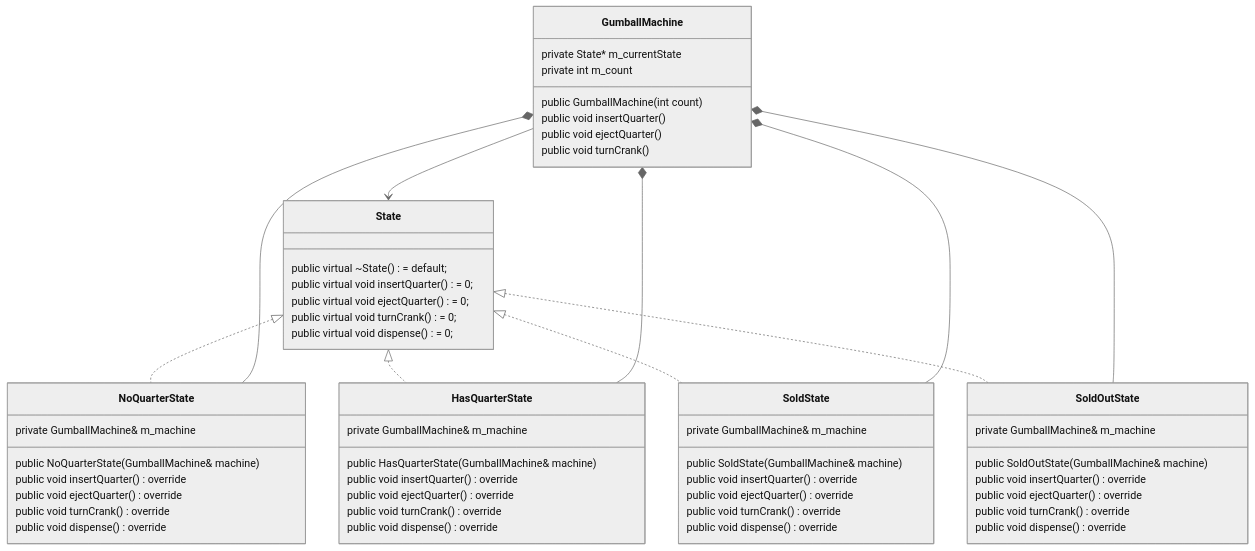
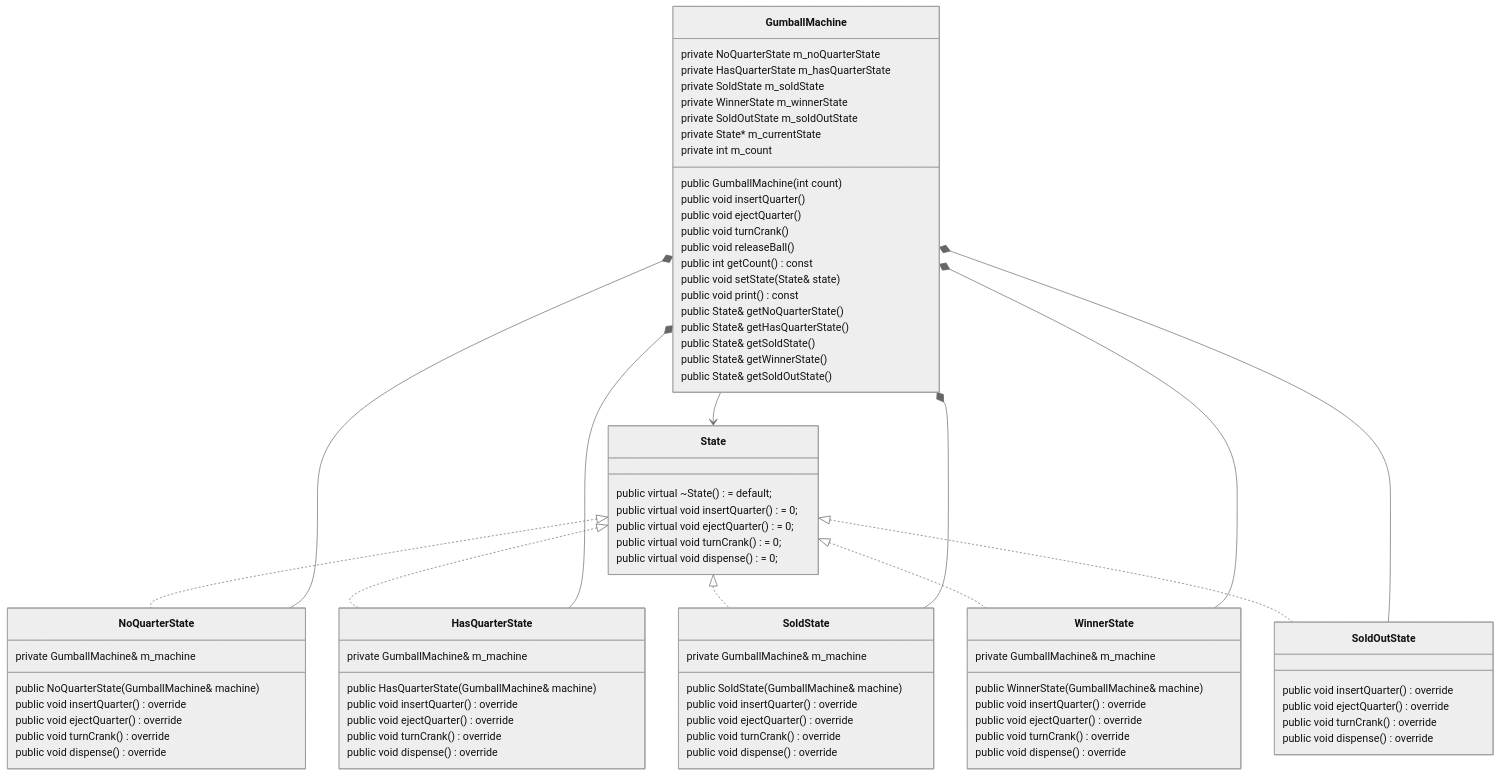
Diagram 12 of 13 in README.md (rngoodner/design-patterns), drawn with Mermaid (neutral theme) before and after one commit. The commit also changed other lines of this file, not shown here.

Commit message:
sync README class diagrams with current code

````diff
--- a/README.md
+++ b/README.md
@@ -598,8 +782,8 @@
     private GumballMachine& m_machine
 }
 
-class SoldOutState {
-    public SoldOutState(GumballMachine& machine)
+class WinnerState {
+    public WinnerState(GumballMachine& machine)
     public void insertQuarter() override
     public void ejectQuarter() override
     public void turnCrank() override
@@ -607,11 +791,32 @@
     private GumballMachine& m_machine
 }
 
+class SoldOutState {
+    public void insertQuarter() override
+    public void ejectQuarter() override
+    public void turnCrank() override
+    public void dispense() override
+}
+
 class GumballMachine {
     public GumballMachine(int count)
     public void insertQuarter()
     public void ejectQuarter()
     public void turnCrank()
+    public void releaseBall()
+    public int getCount() const
+    public void setState(State& state)
+    public void print() const
+    public State& getNoQuarterState()
+    public State& getHasQuarterState()
+    public State& getSoldState()
+    public State& getWinnerState()
+    public State& getSoldOutState()
+    private NoQuarterState m_noQuarterState
+    private HasQuarterState m_hasQuarterState
+    private SoldState m_soldState
+    private WinnerState m_winnerState
+    private SoldOutState m_soldOutState
     private State* m_currentState
     private int m_count
 }
@@ -619,10 +824,12 @@
 State <|.. NoQuarterState
 State <|.. HasQuarterState
 State <|.. SoldState
+State <|.. WinnerState
 State <|.. SoldOutState
-GumballMachine --> State
 GumballMachine *-- NoQuarterState
 GumballMachine *-- HasQuarterState
 GumballMachine *-- SoldState
+GumballMachine *-- WinnerState
 GumballMachine *-- SoldOutState
+GumballMachine --> State
 ```
````
